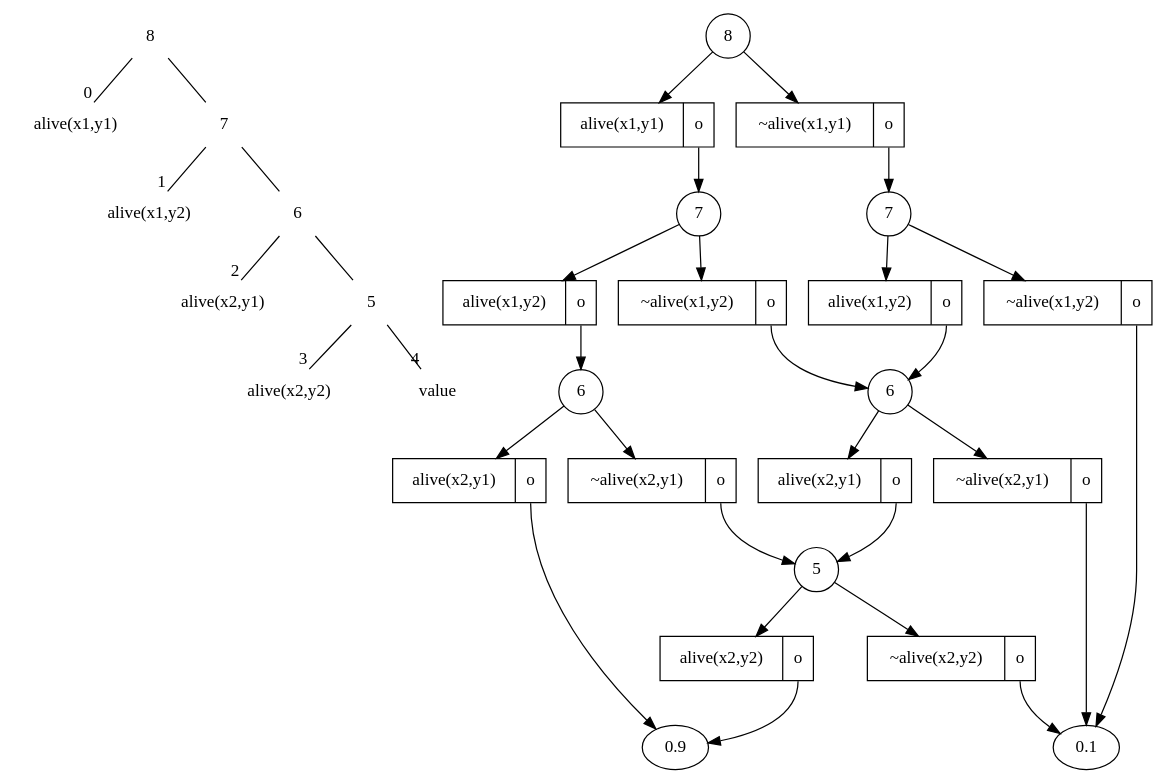
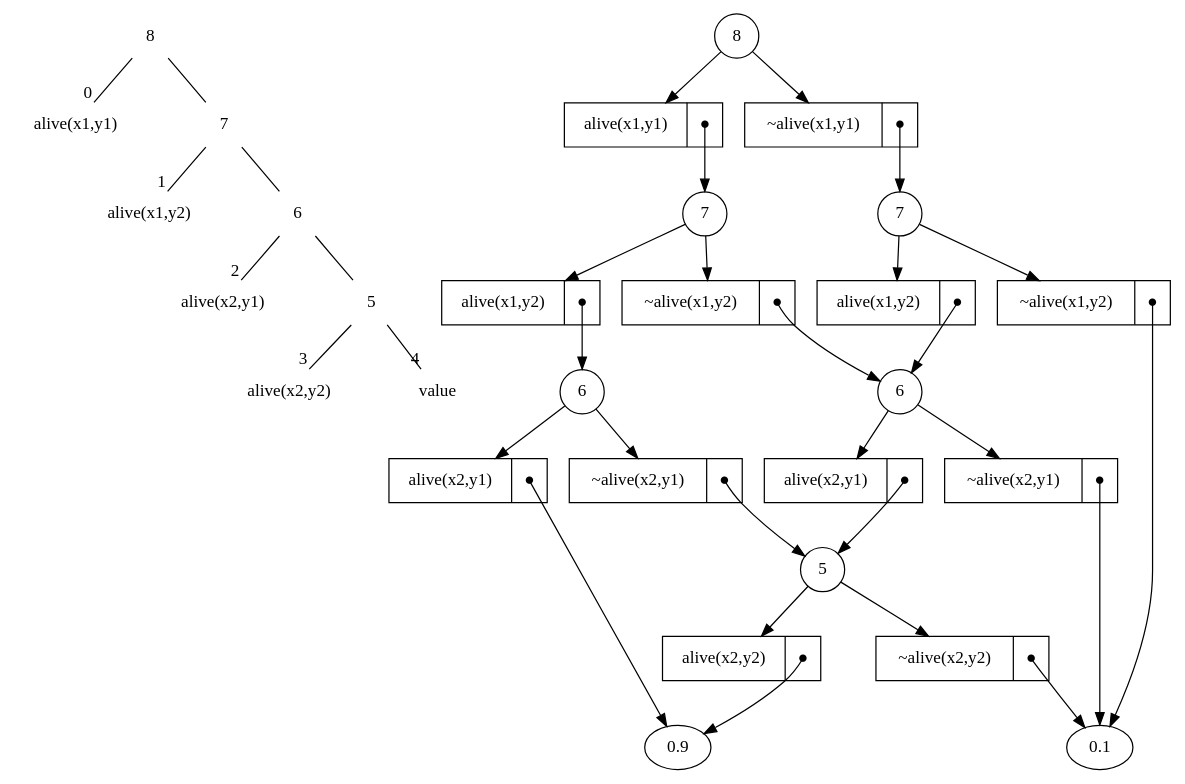
The diagram in doc/asdd_life.gv (herrmann/jasdd), drawn with Graphviz before and after one commit.

Commit message:
Manually improved edge tail drawing for SDD references

```diff
--- a/doc/asdd_life.gv
+++ b/doc/asdd_life.gv
@@ -1,83 +1,83 @@
 digraph sdd {
   graph [ordering="out"]
   v5 [shape=none,label="5"]
   v3 [shape=none,label="alive(x2,y2)"]
   v5 -> v3 [arrowhead=none,headlabel=3]
   v4 [shape=none,label="value"]
   v5 -> v4 [arrowhead=none,headlabel=4]
   v3_4 [label="",width=.1,style=invis]
   v3 -> v3_4 [style=invis]
   {rank=same v3 -> v3_4 -> v4 [style=invis]}
   v6 [shape=none,label="6"]
   v2 [shape=none,label="alive(x2,y1)"]
   v6 -> v2 [arrowhead=none,headlabel=2]
   v6 -> v5 [arrowhead=none]
   v2_5 [label="",width=.1,style=invis]
   v2 -> v2_5 [style=invis]
   {rank=same v2 -> v2_5 -> v5 [style=invis]}
   v7 [shape=none,label="7"]
   v1 [shape=none,label="alive(x1,y2)"]
   v7 -> v1 [arrowhead=none,headlabel=1]
   v7 -> v6 [arrowhead=none]
   v1_6 [label="",width=.1,style=invis]
   v1 -> v1_6 [style=invis]
   {rank=same v1 -> v1_6 -> v6 [style=invis]}
   v8 [shape=none,label="8"]
   v0 [shape=none,label="alive(x1,y1)"]
   v8 -> v0 [arrowhead=none,headlabel=0]
   v8 -> v7 [arrowhead=none]
   v0_7 [label="",width=.1,style=invis]
   v0 -> v0_7 [style=invis]
   {rank=same v0 -> v0_7 -> v7 [style=invis]}
   d0 [shape=circle,label="8"]
   d1 [shape=circle,label="7"]
   d2 [shape=circle,label="6"]
-  e4 [shape=record,label="<f0> alive(x2,y1)|<f1> o"]
+  e4 [shape=record,label="<f0> alive(x2,y1)|<f1> ●"]
   d2 -> e4
   d4 [shape=circle,label="5"]
-  e6 [shape=record,label="<f0> alive(x2,y2)|<f1> o"]
+  e6 [shape=record,label="<f0> alive(x2,y2)|<f1> ●"]
   d4 -> e6
-  e7 [shape=record,label="<f0> ~alive(x2,y2)|<f1> o"]
+  e7 [shape=record,label="<f0> ~alive(x2,y2)|<f1> ●"]
   d4 -> e7
   { rank=same; e6; e7; }
-  e8 [shape=record,label="<f0> ~alive(x2,y1)|<f1> o"]
-  e8:f1 -> d4
+  e8 [shape=record,label="<f0> ~alive(x2,y1)|<f1> ●"]
+  e8:f1:c -> d4 [tailclip=false]
   d2 -> e8
   { rank=same; e4; e8; }
-  e9 [shape=record,label="<f0> alive(x1,y2)|<f1> o"]
-  e9:f1 -> d2
+  e9 [shape=record,label="<f0> alive(x1,y2)|<f1> ●"]
+  e9:f1:c -> d2 [tailclip=false]
   d1 -> e9
   d9 [shape=circle,label="6"]
-  e11 [shape=record,label="<f0> alive(x2,y1)|<f1> o"]
-  e11:f1 -> d4
+  e11 [shape=record,label="<f0> alive(x2,y1)|<f1> ●"]
+  e11:f1:c -> d4 [tailclip=false]
   d9 -> e11
-  e12 [shape=record,label="<f0> ~alive(x2,y1)|<f1> o"]
+  e12 [shape=record,label="<f0> ~alive(x2,y1)|<f1> ●"]
   d9 -> e12
   { rank=same; e11; e12; }
-  e13 [shape=record,label="<f0> ~alive(x1,y2)|<f1> o"]
-  e13:f1 -> d9
+  e13 [shape=record,label="<f0> ~alive(x1,y2)|<f1> ●"]
+  e13:f1:c -> d9 [tailclip=false]
   d1 -> e13
   { rank=same; e9; e13; }
-  e14 [shape=record,label="<f0> alive(x1,y1)|<f1> o"]
-  e14:f1 -> d1
+  e14 [shape=record,label="<f0> alive(x1,y1)|<f1> ●"]
+  e14:f1:c -> d1 [tailclip=false]
   d0 -> e14
   d14 [shape=circle,label="7"]
-  e16 [shape=record,label="<f0> alive(x1,y2)|<f1> o"]
-  e16:f1 -> d9
+  e16 [shape=record,label="<f0> alive(x1,y2)|<f1> ●"]
+  e16:f1:c -> d9 [tailclip=false]
   d14 -> e16
-  e17 [shape=record,label="<f0> ~alive(x1,y2)|<f1> o"]
+  e17 [shape=record,label="<f0> ~alive(x1,y2)|<f1> ●"]
   d14 -> e17
   { rank=same; e16; e17; }
-  e18 [shape=record,label="<f0> ~alive(x1,y1)|<f1> o"]
-  e18:f1 -> d14
+  e18 [shape=record,label="<f0> ~alive(x1,y1)|<f1> ●"]
+  e18:f1:c -> d14 [tailclip=false]
   d0 -> e18
   { rank=same; e14; e18; }
   { rank=same; value1; value2; }
   value1 [label="0.1"]
   value2 [label="0.9"]
-  e17:f1 -> value1
-  e12:f1 -> value1
-  e7:f1 -> value1
-  e4:f1 -> value2
-  e6:f1 -> value2
+  e17:f1:c -> value1 [tailclip=false]
+  e12:f1:c -> value1 [tailclip=false]
+  e7:f1:c -> value1 [tailclip=false]
+  e4:f1:c -> value2 [tailclip=false]
+  e6:f1:c -> value2 [tailclip=false]
 }
```
